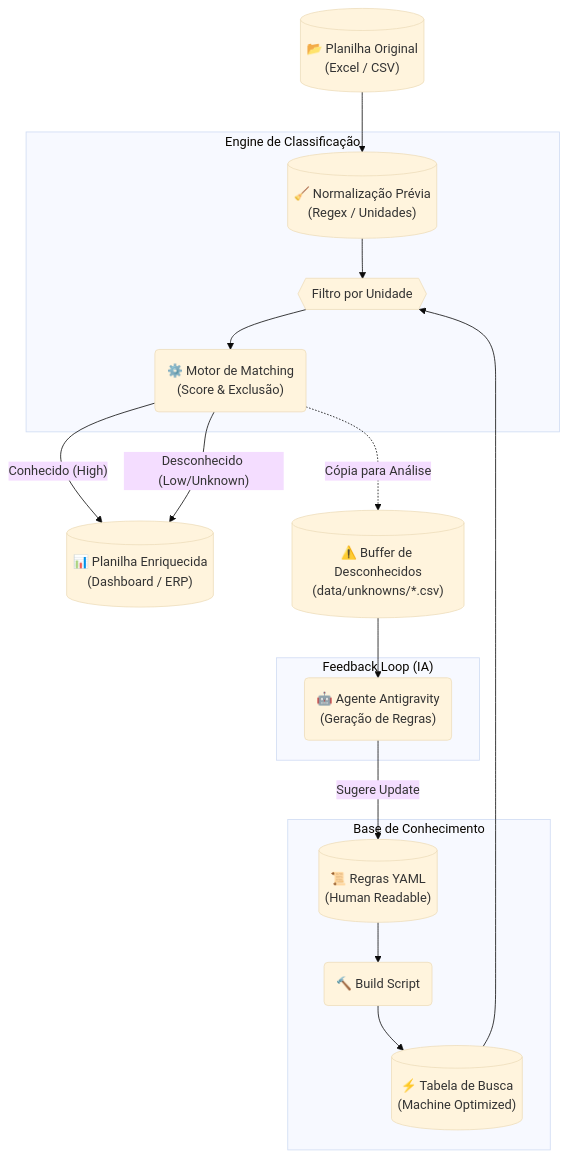
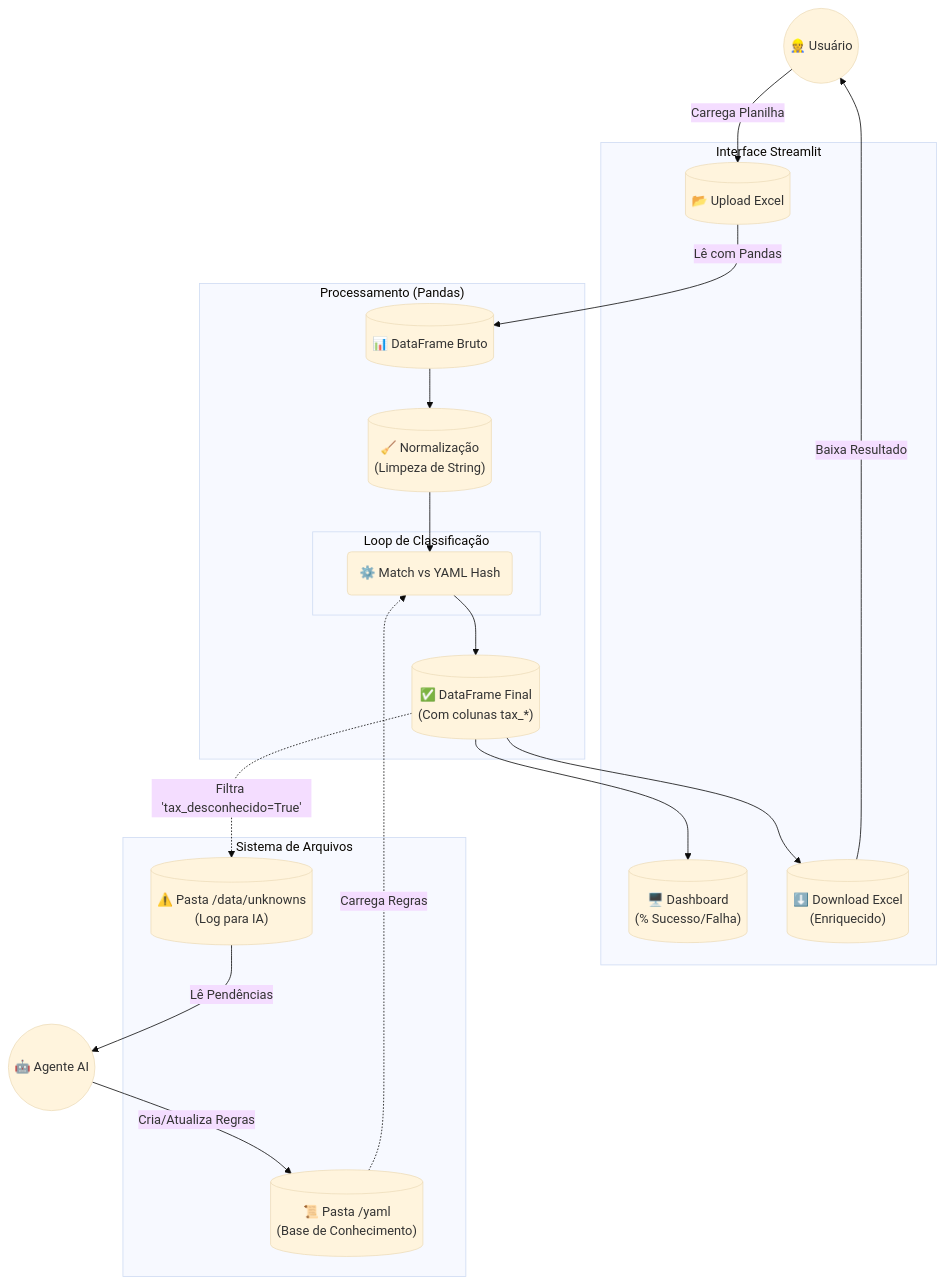
One commit to CAIOZANETTI/ObraTaxonomia changed the diagram in readme/fluxo.md. Above: the diagram before and after it, drawn with Mermaid (base theme). The commit also changed other lines of this file, not shown here.

````diff
--- a/readme/fluxo.md
+++ b/readme/fluxo.md
@@ -9,41 +9,47 @@
 ```mermaid
 graph TD
-    %% Nós de Entrada e Saída
-    Input[("📂 Planilha Original\n(Excel / CSV)")]
-    Output[("📊 Planilha Enriquecida\n(Dashboard / ERP)")]
-    Unknowns[("⚠️ Buffer de Desconhecidos\n(data/unknowns/*.csv)")]
+    %% Atores
+    User((👷 Usuário))
+    Agent((🤖 Agente AI))
 
-    %% Processos Principais
-    subgraph "Engine de Classificação"
-        Clean[("🧹 Normalização Prévia\n(Regex / Unidades)")]
-        FilterUnit{{"Filtro por Unidade"}}
-        MatchEngine("⚙️ Motor de Matching\n(Score & Exclusão)")
+    %% Interface Streamlit
+    subgraph "Interface Streamlit"
+        Upload[("📂 Upload Excel")]
+        UI_Feedback[("🖥️ Dashboard\n(% Sucesso/Falha)")]
+        Download[("⬇️ Download Excel\n(Enriquecido)")]
     end
 
-    subgraph "Base de Conhecimento"
-        YAMLs[("📜 Regras YAML\n(Human Readable)")]
-        Compiler("🔨 Build Script")
-        Hash[("⚡ Tabela de Busca\n(Machine Optimized)")]
+    %% Motor Pandas
+    subgraph "Processamento (Pandas)"
+        DF_Raw[("📊 DataFrame Bruto")]
+        DF_Clean[("🧹 Normalização\n(Limpeza de String)")]
+        subgraph "Loop de Classificação"
+            MatchEngine("⚙️ Match vs YAML Hash")
+        end
+        DF_Final[("✅ DataFrame Final\n(Com colunas tax_*)")]
     end
 
-    subgraph "Feedback Loop (IA)"
-        Agent("🤖 Agente Antigravity\n(Geração de Regras)")
+    %% Arquivos Sistema
+    subgraph "Sistema de Arquivos"
+        YAML_Repo[("📜 Pasta /yaml\n(Base de Conhecimento)")]
+        Unknowns_Dir[("⚠️ Pasta /data/unknowns\n(Log para IA)")]
     end
 
-    %% Fluxo de Dados
-    Input --> Clean
-    Clean --> FilterUnit
+    %% Fluxo
+    User -->|Carrega Planilha| Upload
+    Upload -->|Lê com Pandas| DF_Raw
+    DF_Raw --> DF_Clean
     
-    YAMLs --> Compiler
-    Compiler --> Hash
-    Hash --> FilterUnit
+    YAML_Repo -.->|Carrega Regras| MatchEngine
+    DF_Clean --> MatchEngine
+    MatchEngine --> DF_Final
     
-    FilterUnit --> MatchEngine
-    
-    MatchEngine -->|"Conhecido (High)"| Output
-    MatchEngine -->|"Desconhecido (Low/Unknown)"| Output
-    MatchEngine -.->|"Cópia para Análise"| Unknowns
-    
-    Unknowns --> Agent
-    Agent -->|"Sugere Update"| YAMLs
+    DF_Final --> UI_Feedback
+    DF_Final --> Download
+    Download -->|Baixa Resultado| User
+
+    %% Tratamento de Desconhecidos (Dual Output)
+    DF_Final -.->|Filtra 'tax_desconhecido=True'| Unknowns_Dir
+    Unknowns_Dir -->|Lê Pendências| Agent
+    Agent -->|Cria/Atualiza Regras| YAML_Repo
 ```
````
